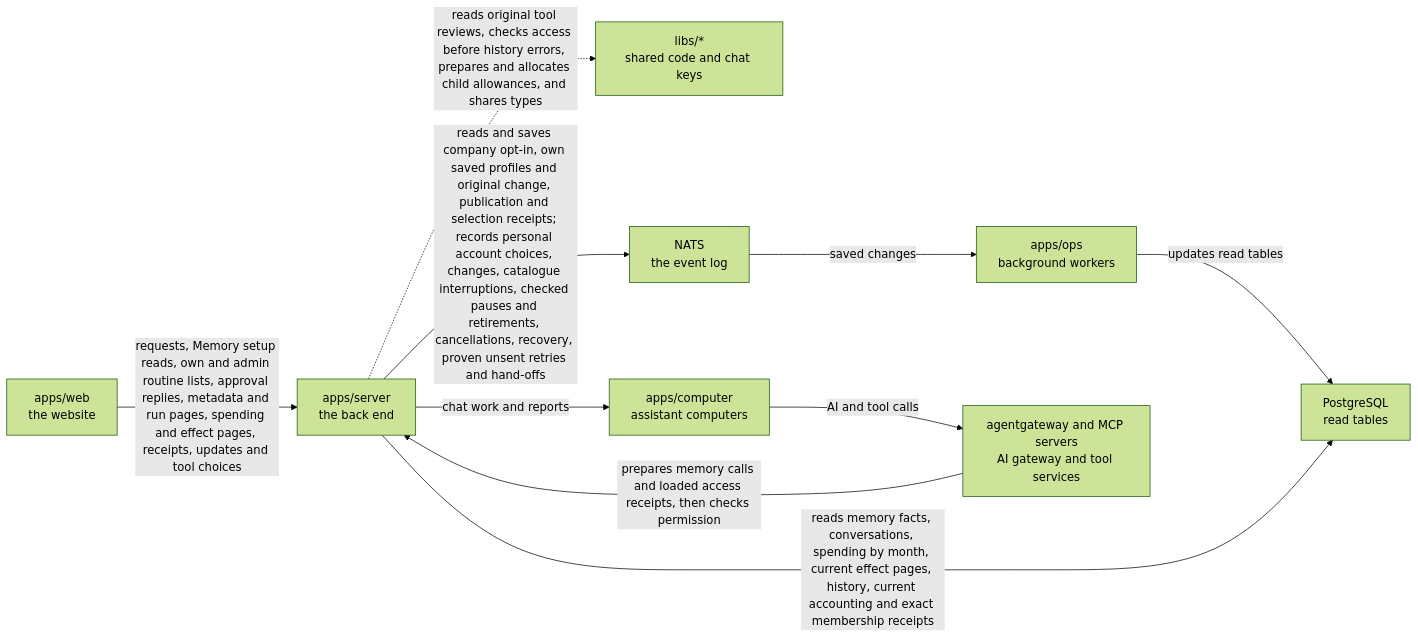
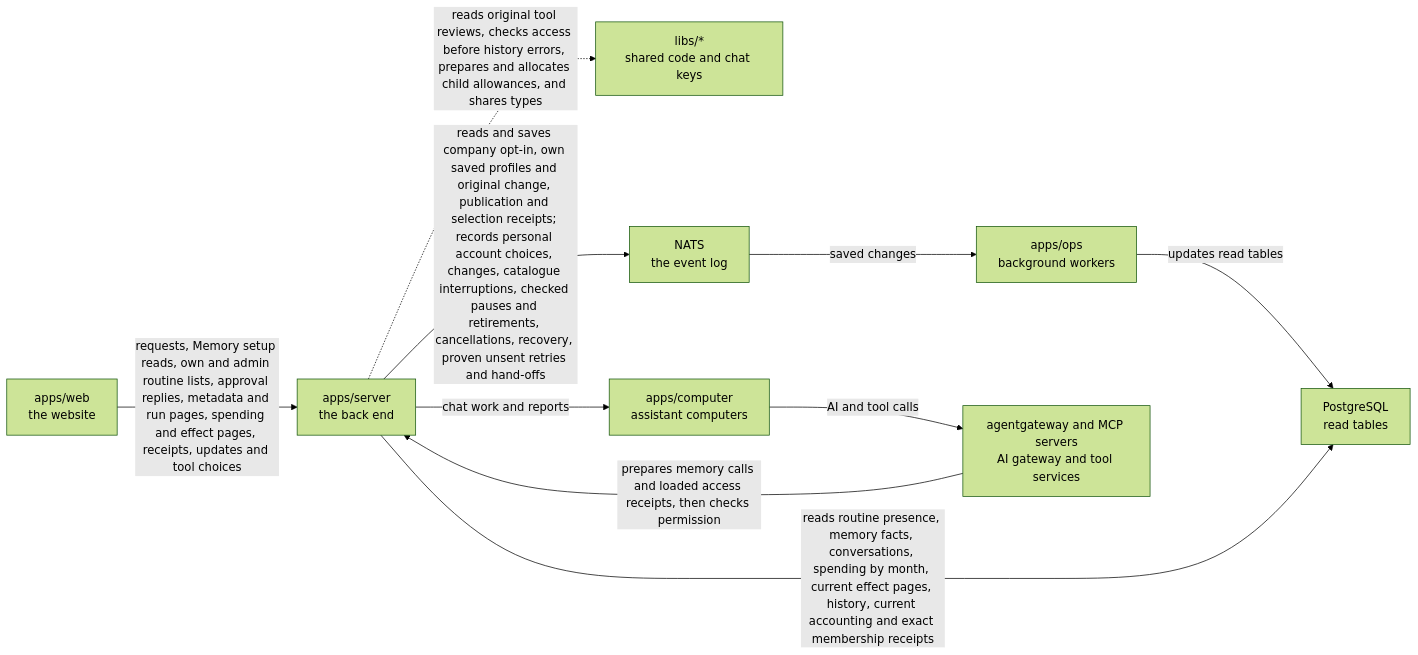
One commit to elewa-git/opencrane-new changed the diagram in apps/server/README.md. Above: the diagram before and after it, drawn with Mermaid (forest theme). The commit also changed other lines of this file and 11 other files, not shown here.

Commit message:
🔎 Bound routine presence checks in provider dependency reads

````diff
--- a/apps/server/README.md
+++ b/apps/server/README.md
@@ -73,12 +73,12 @@
 ```mermaid
 flowchart LR
   web["apps/web<br/>the website"] -->|requests, Memory setup reads, own and admin routine lists, approval replies, metadata and run pages, spending and effect pages, receipts, updates and tool choices| server["apps/server<br/>the back end"]
   server -.->|reads original tool reviews, checks access before history errors, prepares and allocates child allowances, and shares types| libs["libs/*<br/>shared code and chat keys"]
   server -->|reads and saves company opt-in, own saved profiles and original change, publication and selection receipts; records personal account choices, changes, catalogue interruptions, checked pauses and retirements, cancellations, recovery, proven unsent retries and hand-offs| nats["NATS<br/>the event log"]
   nats -->|saved changes| ops["apps/ops<br/>background workers"]
   ops -->|updates read tables| postgres["PostgreSQL<br/>read tables"]
-  server -->|reads memory facts, conversations, spending by month, current effect pages, history, current accounting and exact membership receipts| postgres
+  server -->|reads routine presence, memory facts, conversations, spending by month, current effect pages, history, current accounting and exact membership receipts| postgres
   server -->|chat work and reports| computer["apps/computer<br/>assistant computers"]
   computer -->|AI and tool calls| runtime["agentgateway and MCP servers<br/>AI gateway and tool services"]
   runtime -->|prepares memory calls and loaded access receipts, then checks permission| server
 ```
````
